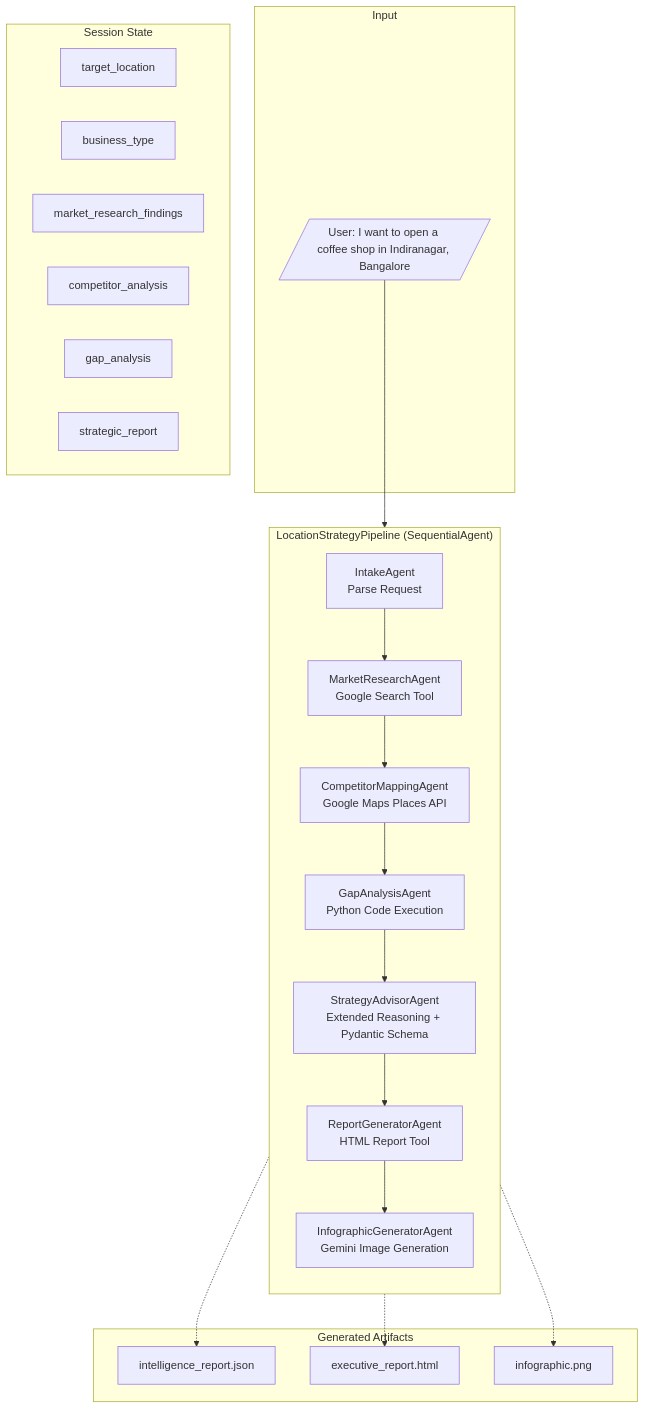
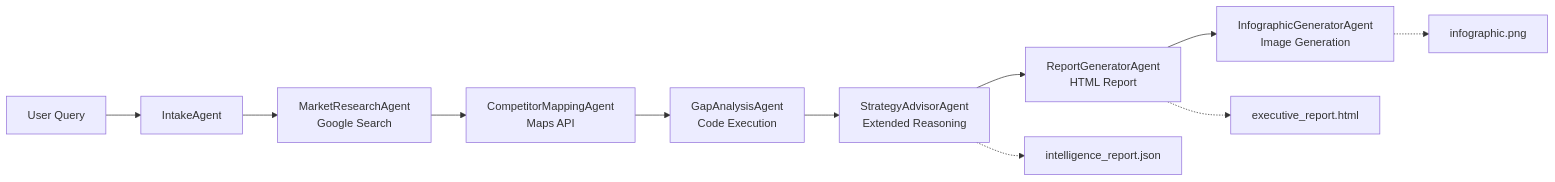
One commit to lavinigam-gcp/build-with-adk changed the diagram in retail_ai_location_strategy_adk/README.md. Above: the diagram before and after it, drawn with Mermaid. The commit also changed other lines of this file and 1 other file, not shown here.

````diff
--- a/retail_ai_location_strategy_adk/README.md
+++ b/retail_ai_location_strategy_adk/README.md
@@ -65,39 +67,14 @@
 ```mermaid
-flowchart TB
-    subgraph Input
-        U[/"User: I want to open a coffee shop in Indiranagar, Bangalore"/]
-    end
+flowchart LR
+    User[User Query] --> A0[IntakeAgent]
+    A0 --> A1[MarketResearchAgent<br/>Google Search]
+    A1 --> A2[CompetitorMappingAgent<br/>Maps API]
+    A2 --> A3[GapAnalysisAgent<br/>Code Execution]
+    A3 --> A4[StrategyAdvisorAgent<br/>Extended Reasoning]
+    A4 --> A5[ReportGeneratorAgent<br/>HTML Report]
+    A5 --> A6[InfographicGeneratorAgent<br/>Image Generation]
 
-    subgraph Pipeline["LocationStrategyPipeline (SequentialAgent)"]
-        direction TB
-        A0["IntakeAgent<br/>Parse Request"]
-        A1["MarketResearchAgent<br/>Google Search Tool"]
-        A2["CompetitorMappingAgent<br/>Google Maps Places API"]
-        A3["GapAnalysisAgent<br/>Python Code Execution"]
-        A4["StrategyAdvisorAgent<br/>Extended Reasoning + Pydantic Schema"]
-        A5["ReportGeneratorAgent<br/>HTML Report Tool"]
-        A6["InfographicGeneratorAgent<br/>Gemini Image Generation"]
-
-        A0 --> A1 --> A2 --> A3 --> A4 --> A5 --> A6
-    end
-
-    subgraph State["Session State"]
-        S1["target_location"]
-        S2["business_type"]
-        S3["market_research_findings"]
-        S4["competitor_analysis"]
-        S5["gap_analysis"]
-        S6["strategic_report"]
-    end
-
-    subgraph Artifacts["Generated Artifacts"]
-        O1["intelligence_report.json"]
-        O2["executive_report.html"]
-        O3["infographic.png"]
-    end
-
-    U --> A0
-    A4 -.-> O1
-    A5 -.-> O2
-    A6 -.-> O3
+    A4 -.-> O1[intelligence_report.json]
+    A5 -.-> O2[executive_report.html]
+    A6 -.-> O3[infographic.png]
 ```
````
